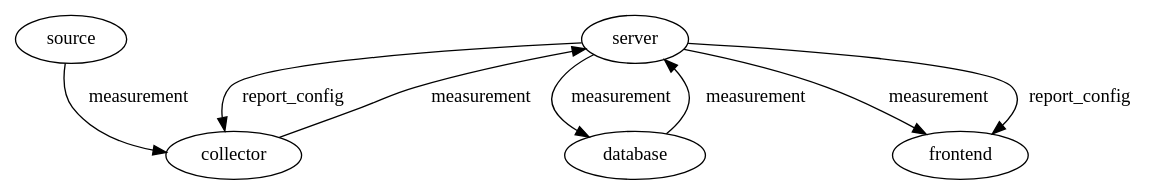
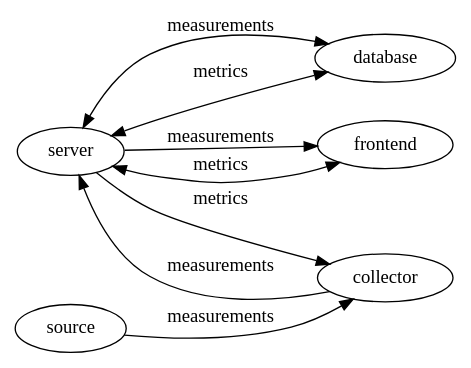
Before and after one commit to ICTU/quality-time: the diagram in docs/components.dot, drawn with Graphviz. The commit also changed 2 other files, not shown here.

```diff
--- a/docs/components.dot
+++ b/docs/components.dot
@@ -1,9 +1,10 @@
 digraph {
-  server -> database [label=measurement]
-  database -> server [label=measurement]
-  collector -> server [label=measurement]
-  server -> collector [label=report_config]
-  source -> collector [label=measurement]
-  server -> frontend [label=report_config]
-  server -> frontend [label=measurement]
+  rankdir=LR
+  server -> database [label=measurements, dir="both"]
+  server -> database [label=metrics, dir="both"]
+  collector -> server [label=measurements]
+  server -> collector [label=metrics]
+  source -> collector [label=measurements]
+  server -> frontend [label=metrics, dir="both"]
+  server -> frontend [label=measurements]
 }
```
